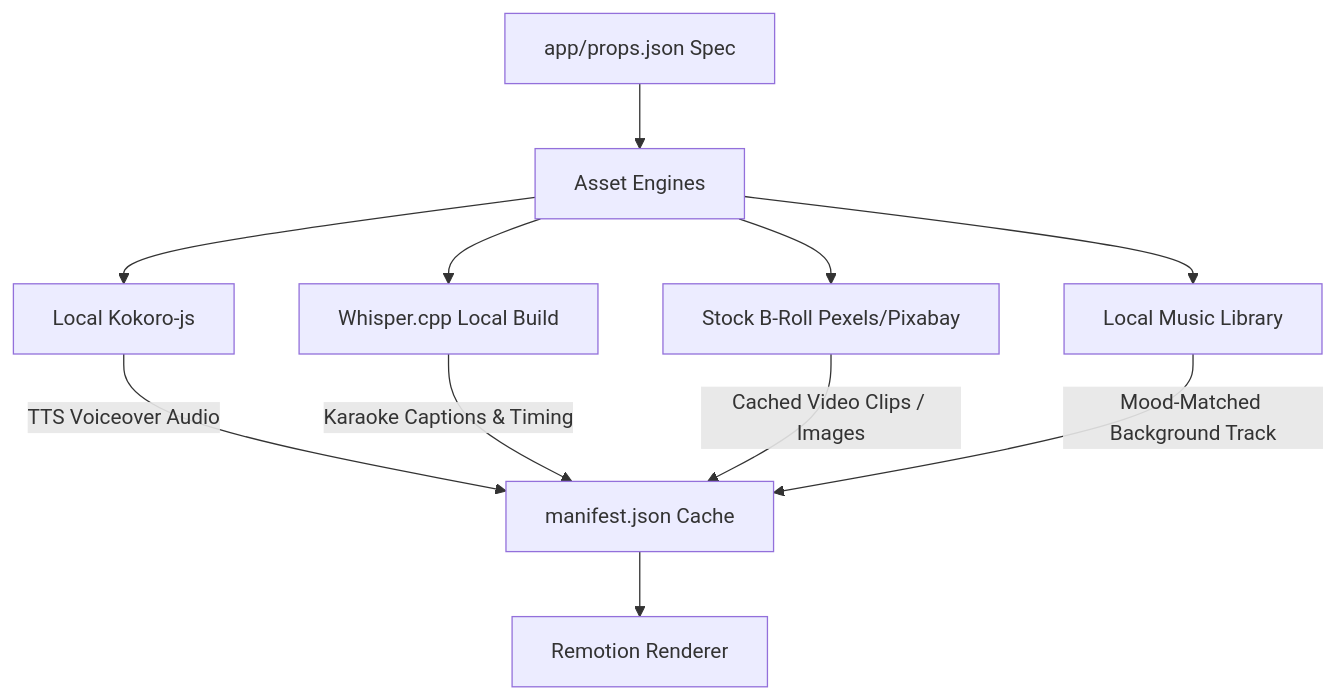
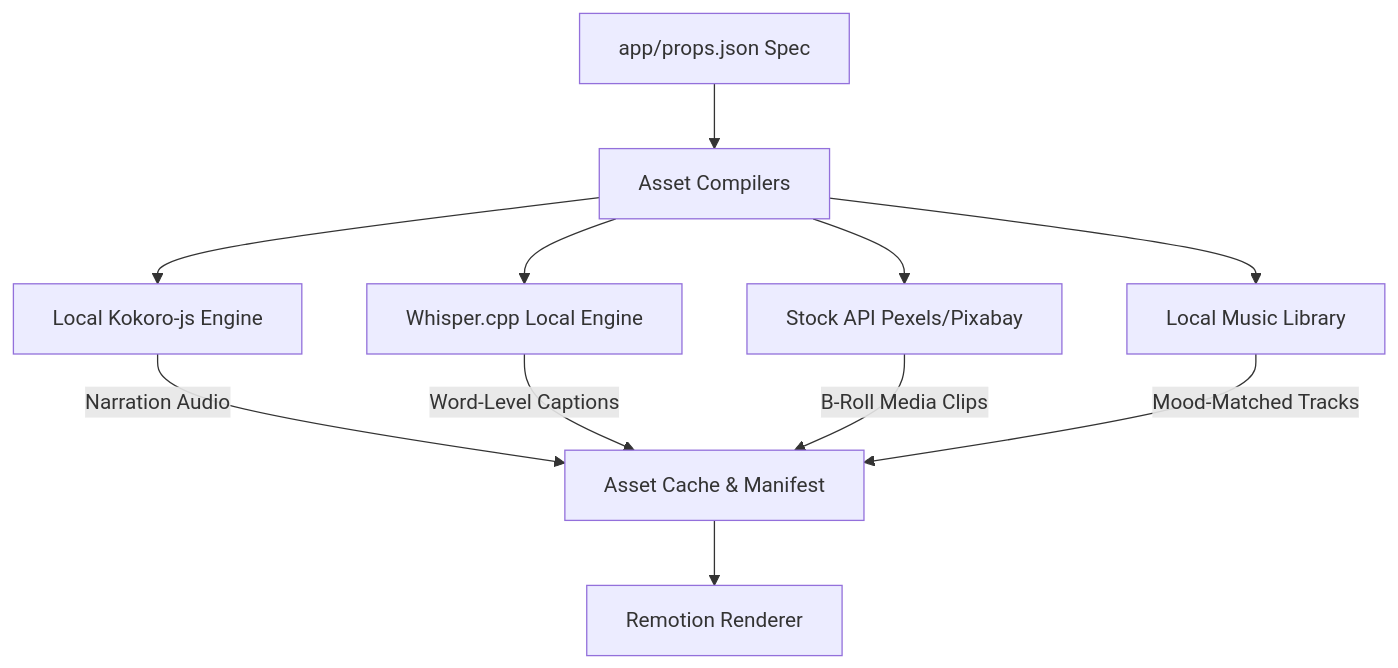
The second of 2 diagrams in README.md (Saajonsayrest/ai_video_editor), drawn with Mermaid before and after one commit. The commit also changed other lines of this file, not shown here.

Commit message:
Update root README.md with comprehensive standard specifications and diagrams

````diff
--- a/README.md
+++ b/README.md
@@ -50,9 +57,9 @@
 ```mermaid
 graph TD
-    A[app/props.json Spec] --> B[Asset Engines]
-    B --> C[Local Kokoro-js] -->|TTS Voiceover Audio| F[manifest.json Cache]
-    B --> D[Whisper.cpp Local Build] -->|Karaoke Captions & Timing| F
-    B --> E[Stock B-Roll Pexels/Pixabay] -->|Cached Video Clips / Images| F
-    B --> G[Local Music Library] -->|Mood-Matched Background Track| F
+    A[app/props.json Spec] --> B[Asset Compilers]
+    B --> C[Local Kokoro-js Engine] -->|Narration Audio| F[Asset Cache & Manifest]
+    B --> D[Whisper.cpp Local Engine] -->|Word-Level Captions| F
+    B --> E[Stock API Pexels/Pixabay] -->|B-Roll Media Clips| F
+    B --> G[Local Music Library] -->|Mood-Matched Tracks| F
     F --> H[Remotion Renderer]
 ```
````
